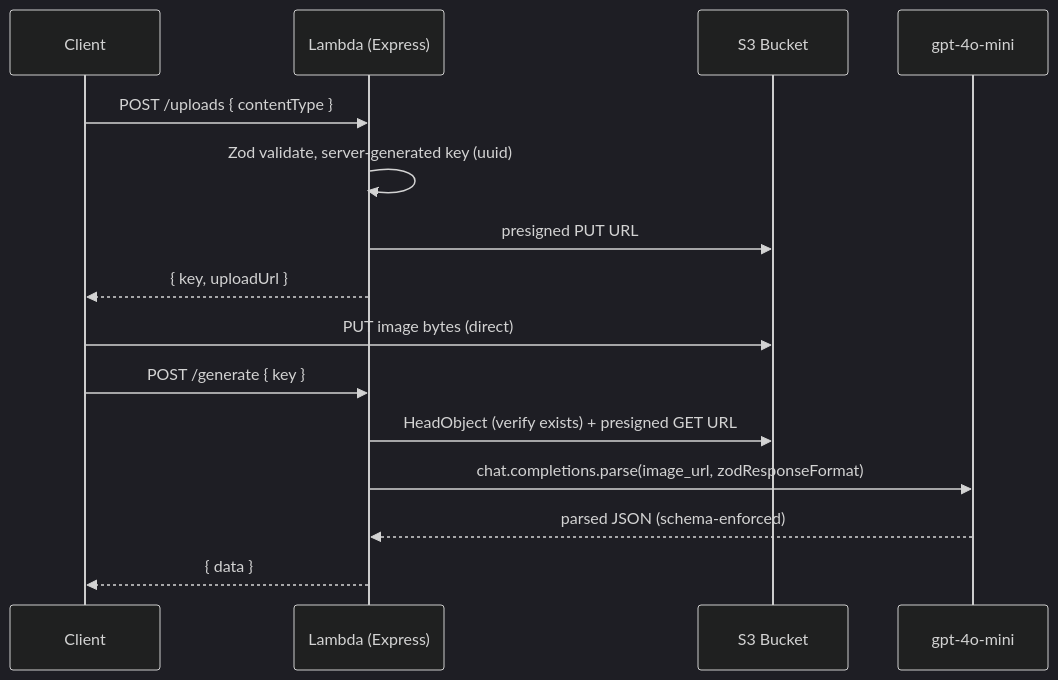
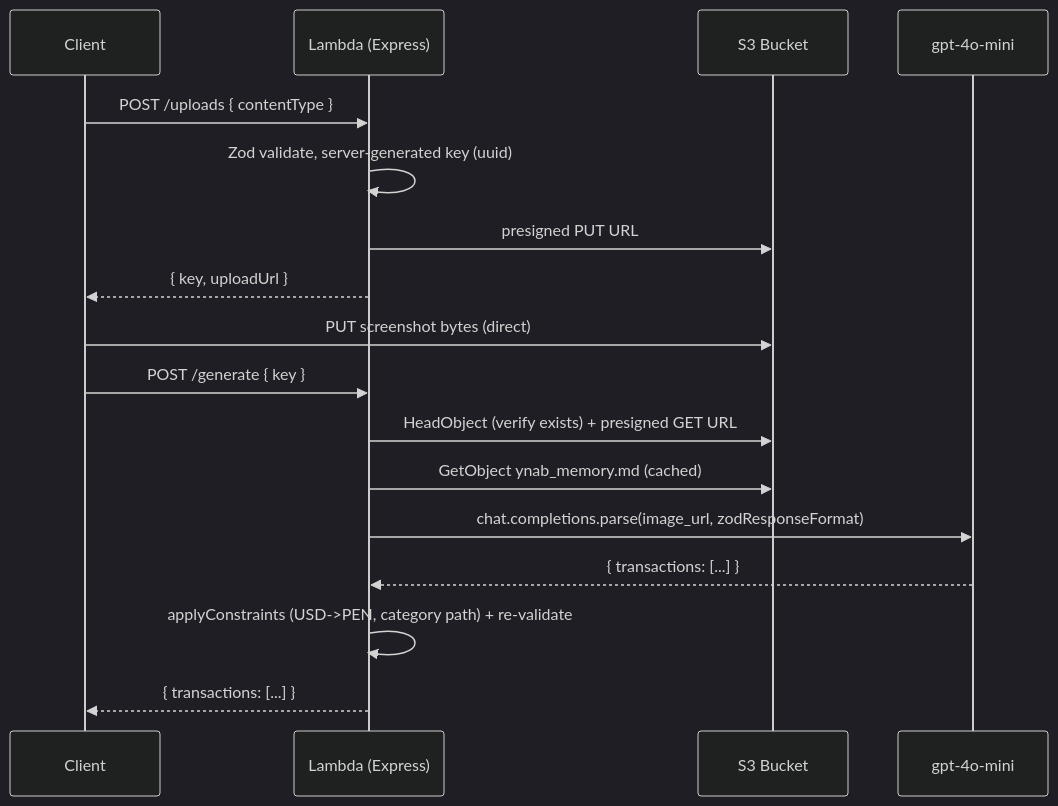
One commit to joshnavdev/ynabagent-api changed the diagram in .cursor/skills/sam-express-vision/SKILL.md. Above: the diagram before and after it, drawn with Mermaid (dark theme). The commit also changed other lines of this file and 33 other files, not shown here.

````diff
--- a/.cursor/skills/sam-express-vision/SKILL.md
+++ b/.cursor/skills/sam-express-vision/SKILL.md
@@ -12,18 +12,20 @@
 ```mermaid
 sequenceDiagram
     participant C as Client
     participant L as Lambda (Express)
     participant S3 as S3 Bucket
     participant AI as gpt-4o-mini
 
     C->>L: POST /uploads { contentType }
     L->>L: Zod validate, server-generated key (uuid)
     L->>S3: presigned PUT URL
     L-->>C: { key, uploadUrl }
-    C->>S3: PUT image bytes (direct)
+    C->>S3: PUT screenshot bytes (direct)
     C->>L: POST /generate { key }
     L->>S3: HeadObject (verify exists) + presigned GET URL
+    L->>S3: GetObject ynab_memory.md (cached)
     L->>AI: chat.completions.parse(image_url, zodResponseFormat)
-    AI-->>L: parsed JSON (schema-enforced)
-    L-->>C: { data }
+    AI-->>L: { transactions: [...] }
+    L->>L: applyConstraints (USD->PEN, category path) + re-validate
+    L-->>C: { transactions: [...] }
 ```
````
